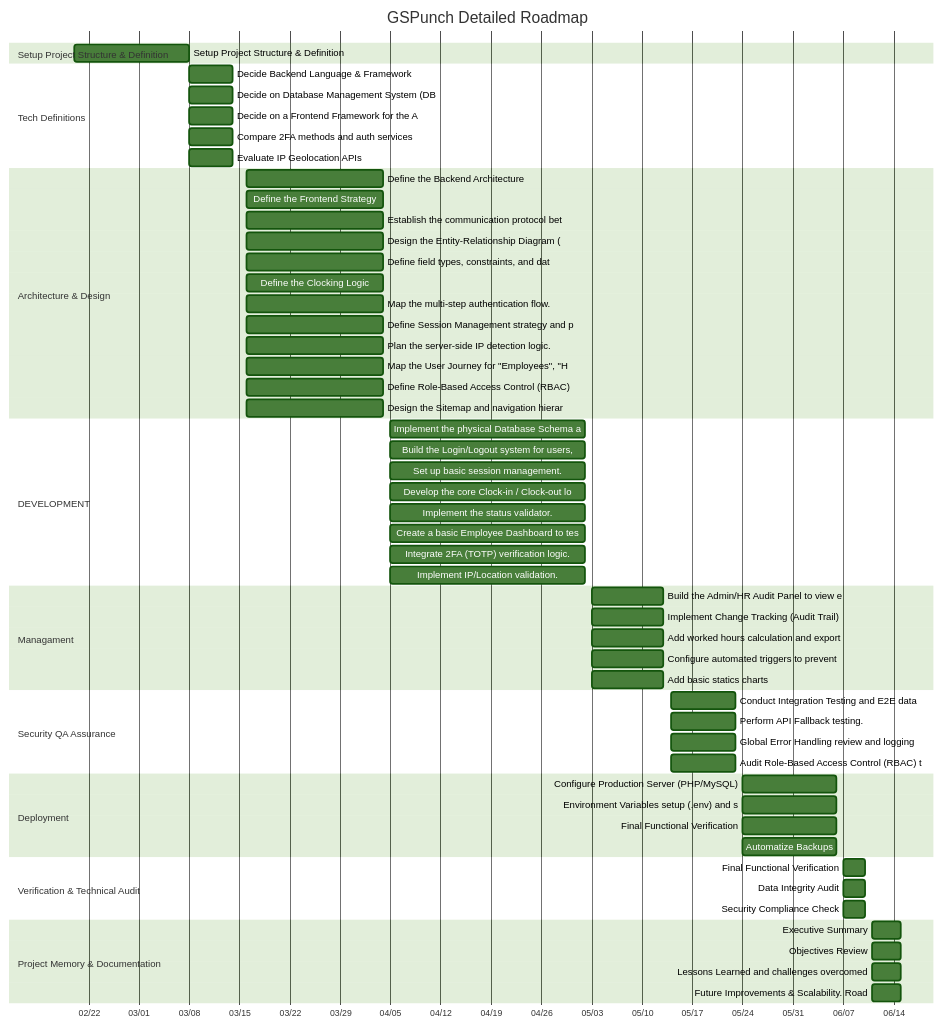
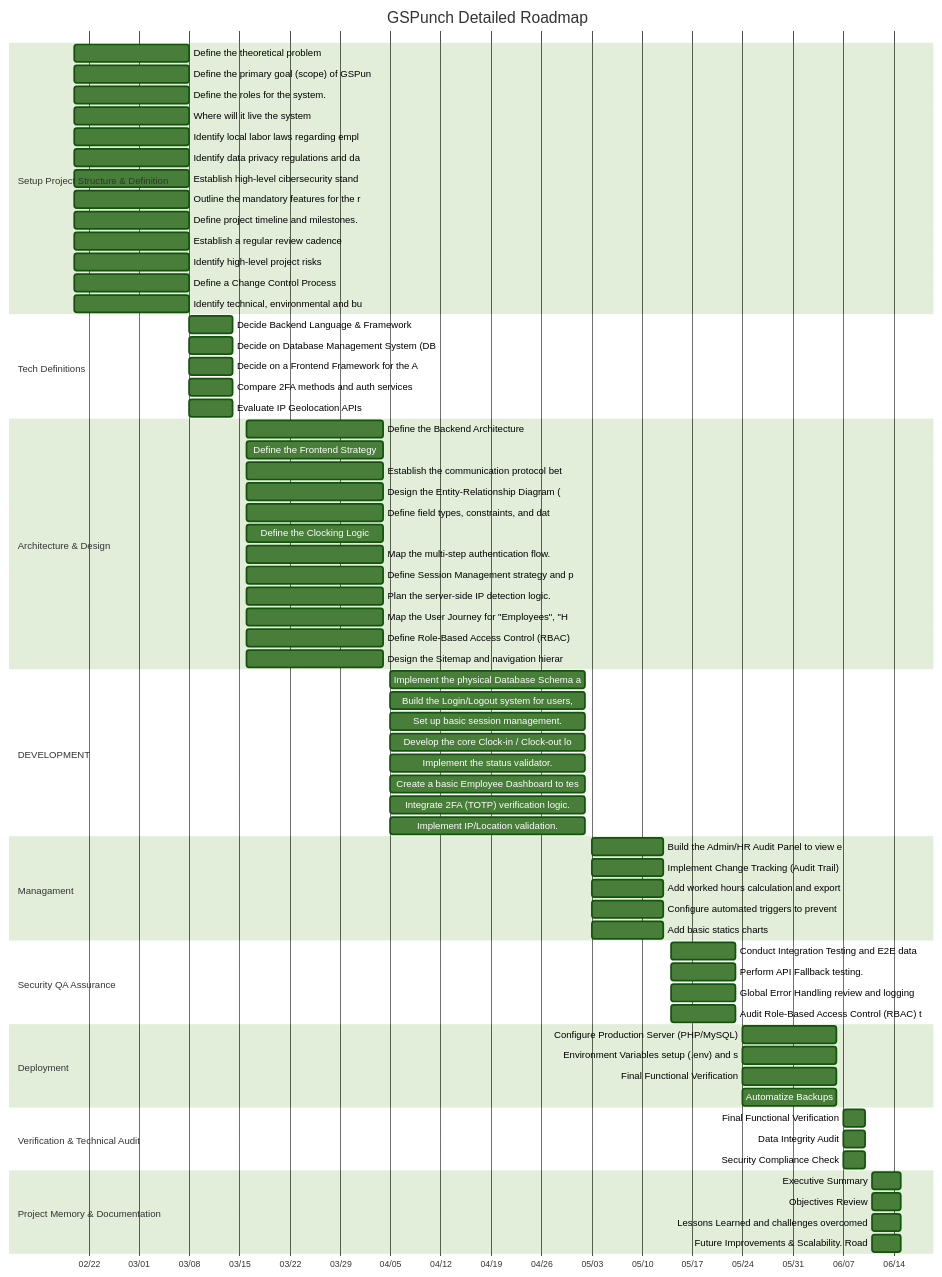
The diagram in README.md (jejomoca/GSPunch), drawn with Mermaid (forest theme) before and after one commit.

Commit message:
docs: update roadmap 22:17

````diff
--- a/README.md
+++ b/README.md
@@ -3,61 +3,73 @@
 ```mermaid
 gantt
     title GSPunch Detailed Roadmap
     dateFormat YYYY-MM-DD
     axisFormat %m/%d
     section Setup Project Structure & Definition
-    Setup Project Structure & Definition : 2026-02-20, 2026-03-08
+    Define the theoretical problem : 2026-02-20, 2026-03-08
+    Define the primary goal (scope) of GSPun : 2026-02-20, 2026-03-08
+    Define the roles for the system. : 2026-02-20, 2026-03-08
+    Where will it live the system : 2026-02-20, 2026-03-08
+    Identify local labor laws regarding empl : 2026-02-20, 2026-03-08
+    Identify data privacy regulations and da : 2026-02-20, 2026-03-08
+    Establish high-level cibersecurity stand : 2026-02-20, 2026-03-08
+    Outline the mandatory features for the r : 2026-02-20, 2026-03-08
+    Define project timeline and milestones. : 2026-02-20, 2026-03-08
+    Establish a regular review cadence : 2026-02-20, 2026-03-08
+    Identify high-level project risks : 2026-02-20, 2026-03-08
+    Define a Change Control Process : 2026-02-20, 2026-03-08
+    Identify technical, environmental and bu : 2026-02-20, 2026-03-08
     section Tech Definitions
     Decide Backend Language & Framework : 2026-03-08, 2026-03-14
     Decide on Database Management System (DB : 2026-03-08, 2026-03-14
     Decide on a Frontend Framework for the A : 2026-03-08, 2026-03-14
     Compare 2FA methods and auth services : 2026-03-08, 2026-03-14
     Evaluate IP Geolocation APIs : 2026-03-08, 2026-03-14
     section Architecture & Design
     Define the Backend Architecture : 2026-03-16, 2026-04-04
     Define the Frontend Strategy : 2026-03-16, 2026-04-04
     Establish the communication protocol bet : 2026-03-16, 2026-04-04
     Design the Entity-Relationship Diagram ( : 2026-03-16, 2026-04-04
     Define field types, constraints, and dat : 2026-03-16, 2026-04-04
     Define the Clocking Logic : 2026-03-16, 2026-04-04
     Map the multi-step authentication flow. : 2026-03-16, 2026-04-04
     Define Session Management strategy and p : 2026-03-16, 2026-04-04
     Plan the server-side IP detection logic. : 2026-03-16, 2026-04-04
     Map the User Journey for "Employees", "H : 2026-03-16, 2026-04-04
     Define Role-Based Access Control (RBAC) : 2026-03-16, 2026-04-04
     Design the Sitemap and navigation hierar : 2026-03-16, 2026-04-04
     section DEVELOPMENT
     Implement the physical Database Schema a : 2026-04-05, 2026-05-02
     Build the Login/Logout system for users, : 2026-04-05, 2026-05-02
     Set up basic session management. : 2026-04-05, 2026-05-02
     Develop the core Clock-in / Clock-out lo : 2026-04-05, 2026-05-02
     Implement the status validator. : 2026-04-05, 2026-05-02
     Create a basic Employee Dashboard to tes : 2026-04-05, 2026-05-02
     Integrate 2FA (TOTP) verification logic. : 2026-04-05, 2026-05-02
     Implement IP/Location validation. : 2026-04-05, 2026-05-02
     section Managament
     Build the Admin/HR Audit Panel to view e : 2026-05-03, 2026-05-13
     Implement Change Tracking (Audit Trail) : 2026-05-03, 2026-05-13
     Add worked hours calculation and export : 2026-05-03, 2026-05-13
     Configure automated triggers to prevent : 2026-05-03, 2026-05-13
     Add basic statics charts : 2026-05-03, 2026-05-13
     section Security QA Assurance
     Conduct Integration Testing and E2E data : 2026-05-14, 2026-05-23
     Perform API Fallback testing. : 2026-05-14, 2026-05-23
     Global Error Handling review and logging : 2026-05-14, 2026-05-23
     Audit Role-Based Access Control (RBAC) t : 2026-05-14, 2026-05-23
     section Deployment
     Configure Production Server (PHP/MySQL) : 2026-05-24, 2026-06-06
     Environment Variables setup (.env) and s : 2026-05-24, 2026-06-06
     Final Functional Verification : 2026-05-24, 2026-06-06
     Automatize Backups : 2026-05-24, 2026-06-06
     section Verification & Technical Audit
     Final Functional Verification: Run a ful : 2026-06-07, 2026-06-10
     Data Integrity Audit: Ensure that the da : 2026-06-07, 2026-06-10
     Security Compliance Check : 2026-06-07, 2026-06-10
     section Project Memory & Documentation
     Executive Summary : 2026-06-11, 2026-06-15
     Objectives Review : 2026-06-11, 2026-06-15
     Lessons Learned and challenges overcomed : 2026-06-11, 2026-06-15
     Future Improvements & Scalability. Road : 2026-06-11, 2026-06-15
 ```
````
